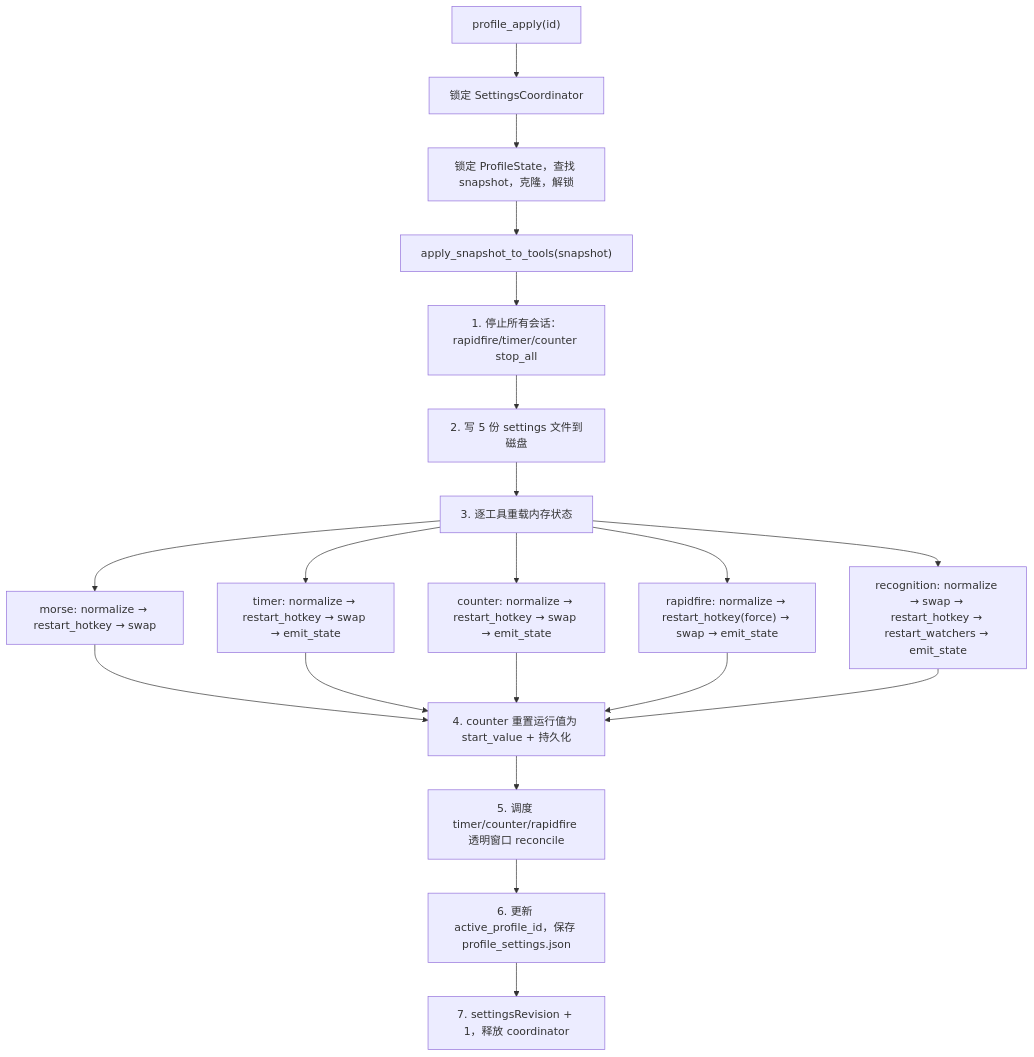
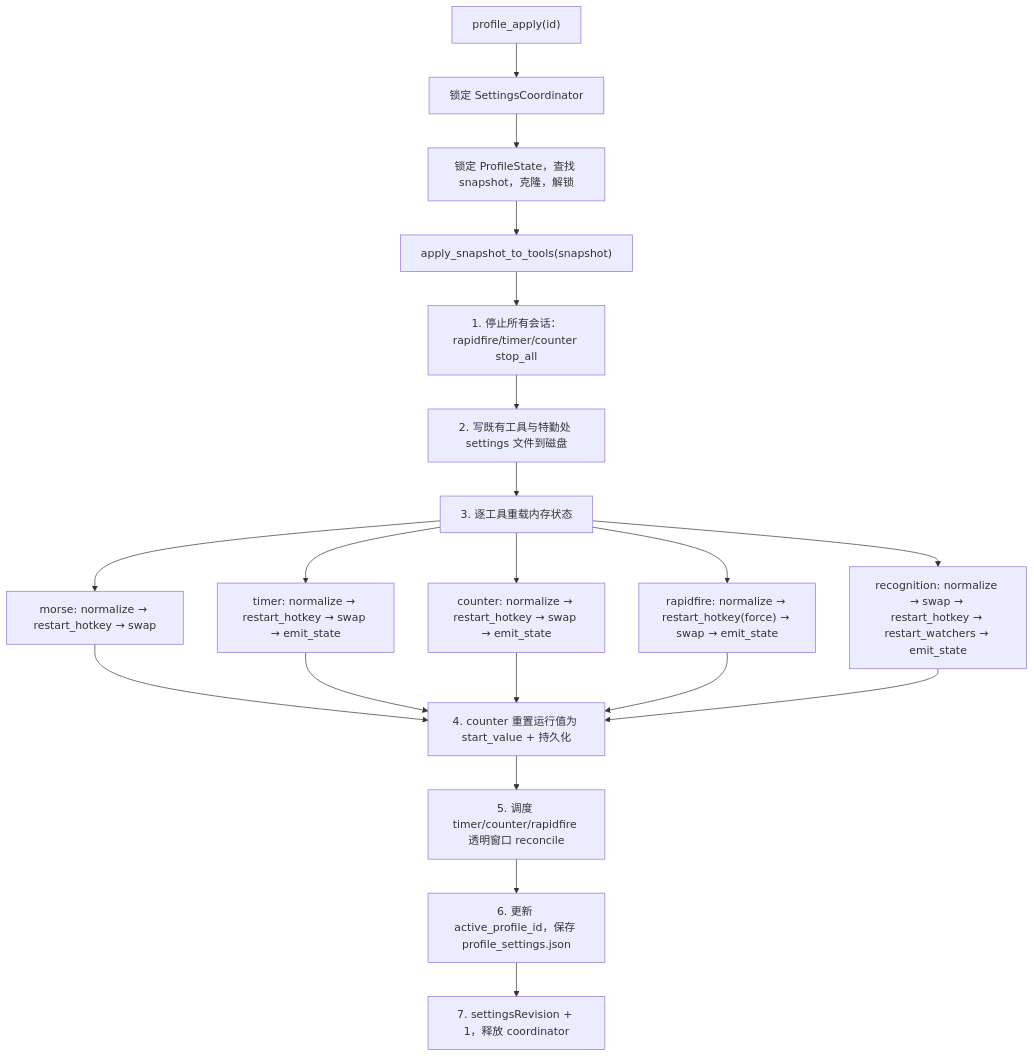
Before and after one commit to IZRINO/delta-auto-tools: the first of 2 diagrams in droid-wiki/systems/profile-system.md, drawn with Mermaid. The commit also changed other lines of this file and 57 other files, not shown here.

````diff
--- a/droid-wiki/systems/profile-system.md
+++ b/droid-wiki/systems/profile-system.md
@@ -55,18 +55,18 @@
 ```mermaid
 flowchart TD
     A["profile_apply(id)"] --> L["锁定 SettingsCoordinator"]
     L --> B["锁定 ProfileState，查找 snapshot，克隆，解锁"]
     B --> C["apply_snapshot_to_tools(snapshot)"]
     C --> D["1. 停止所有会话：rapidfire/timer/counter stop_all"]
-    D --> E["2. 写 5 份 settings 文件到磁盘"]
+    D --> E["2. 写既有工具与特勤处 settings 文件到磁盘"]
     E --> F["3. 逐工具重载内存状态"]
     F --> F1["morse: normalize → restart_hotkey → swap"]
     F --> F2["timer: normalize → restart_hotkey → swap → emit_state"]
     F --> F3["counter: normalize → restart_hotkey → swap → emit_state"]
     F --> F4["rapidfire: normalize → restart_hotkey(force) → swap → emit_state"]
     F --> F5["recognition: normalize → swap → restart_hotkey → restart_watchers → emit_state"]
     F1 & F2 & F3 & F4 & F5 --> G["4. counter 重置运行值为 start_value + 持久化"]
     G --> H["5. 调度 timer/counter/rapidfire 透明窗口 reconcile"]
     H --> I["6. 更新 active_profile_id，保存 profile_settings.json"]
     I --> J["7. settingsRevision + 1，释放 coordinator"]
 ```
````
